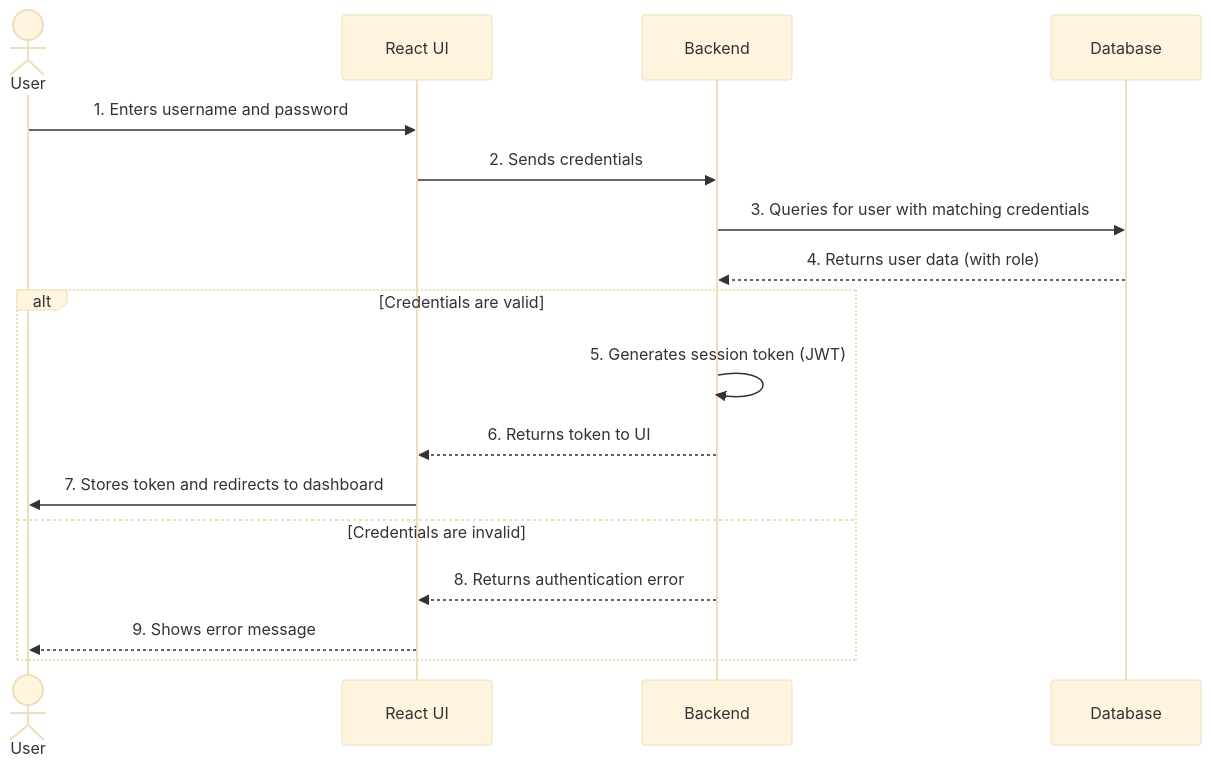
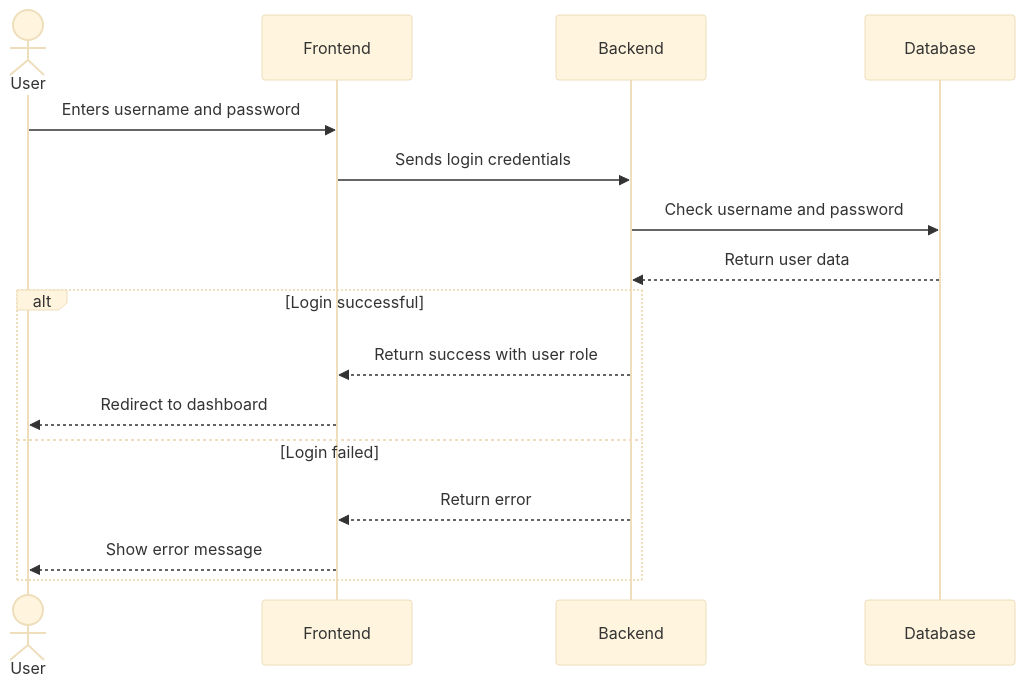
One commit to rohitagarwal-gkmit/retailpulse-docs changed the second of 5 diagrams in docs/technical/data_flow.md. Above: the diagram before and after it, drawn with Mermaid. The commit also changed other lines of this file and 1 other file, not shown here.

Commit message:
[refactor]: Simplify data flow and schema design

````diff
--- a/docs/technical/data_flow.md
+++ b/docs/technical/data_flow.md
@@ -29,21 +29,20 @@
 ```mermaid
-%%{init: {'theme':'base', 'themeVariables': { 'fontSize':'38px', 'fontFamily':'Arial'}}}%%
+%%{init: {'theme':'base', 'themeVariables': { 'fontSize':'18px', 'fontFamily':'Arial'}}}%%
 sequenceDiagram
     actor User
-    participant UI as React UI
+    participant UI as Frontend
     participant API as Backend
     participant DB as Database
 
-    User->>UI: 1. Enters username and password
-    UI->>API: 2. Sends credentials
-    API->>DB: 3. Queries for user with matching credentials
-    DB-->>API: 4. Returns user data (with role)
-    alt Credentials are valid
-        API->>API: 5. Generates session token (JWT)
-        API-->>UI: 6. Returns token to UI
-        UI->>User: 7. Stores token and redirects to dashboard
-    else Credentials are invalid
-        API-->>UI: 8. Returns authentication error
-        UI-->>User: 9. Shows error message
+    User->>UI: Enters username and password
+    UI->>API: Sends login credentials
+    API->>DB: Check username and password
+    DB-->>API: Return user data
+    alt Login successful
+        API-->>UI: Return success with user role
+        UI-->>User: Redirect to dashboard
+    else Login failed
+        API-->>UI: Return error
+        UI-->>User: Show error message
     end
 ```
````
